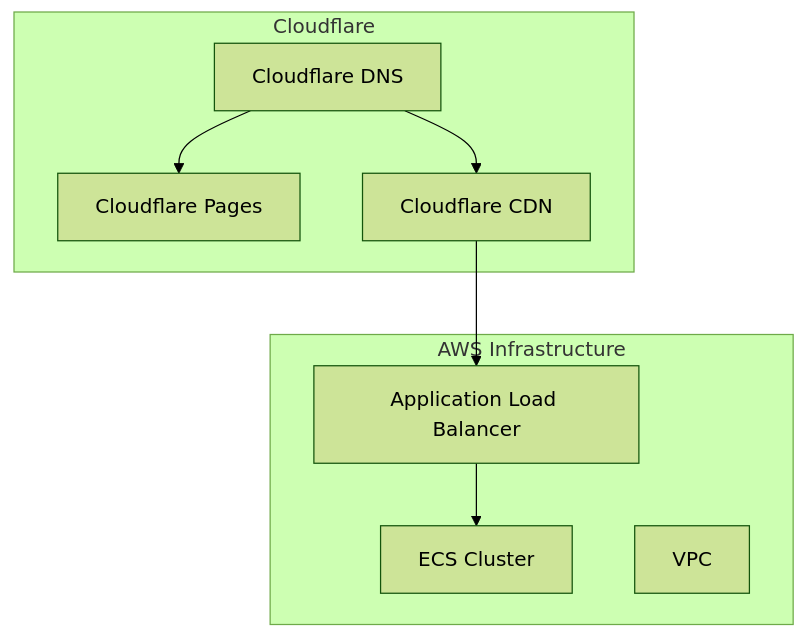
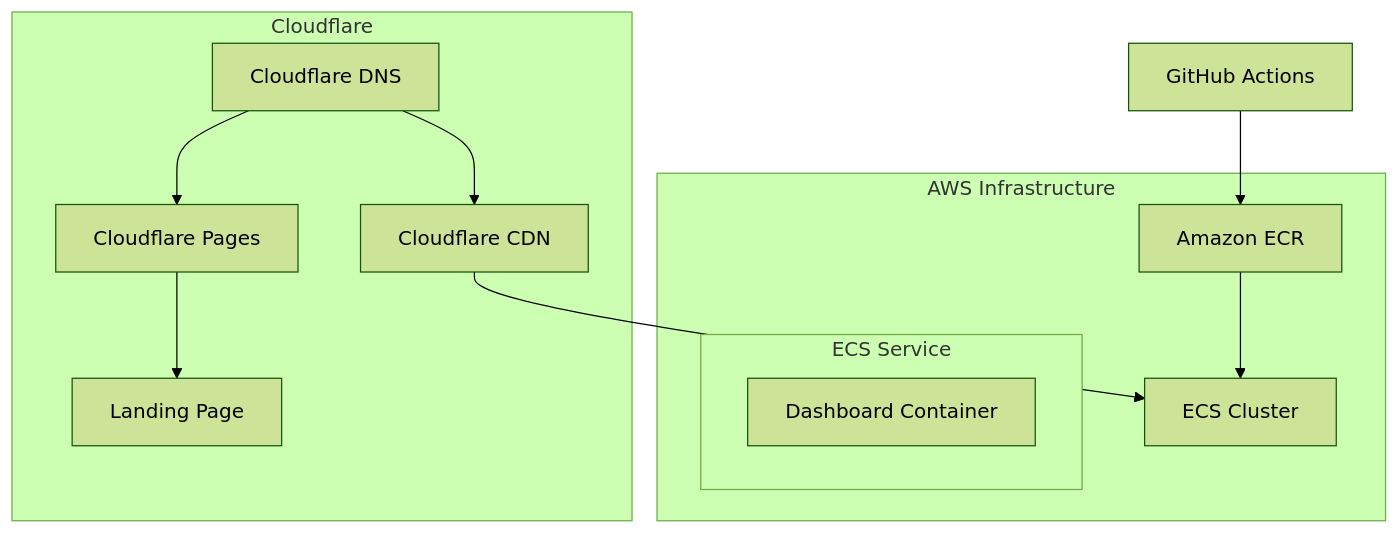
Before and after one commit to shreyasprabhudev/veyla-ai: the diagram in docs/deployment-guide.md, drawn with Mermaid (forest theme). The commit also changed other lines of this file and 3 other files, not shown here.

````diff
--- a/docs/deployment-guide.md
+++ b/docs/deployment-guide.md
@@ -5,19 +5,22 @@
 ```mermaid
 graph TD
     subgraph Cloudflare
-        CF[Cloudflare Pages]
+        CF[Cloudflare Pages] --> Landing[Landing Page]
         DNS[Cloudflare DNS]
         CDN[Cloudflare CDN]
     end
 
     subgraph AWS Infrastructure
-        ALB[Application Load Balancer]
+        ECR[Amazon ECR]
         ECS[ECS Cluster]
-        VPC[VPC]
+        subgraph ECS Service
+            Container[Dashboard Container]
+        end
     end
 
+    GitHub[GitHub Actions] --> ECR
+    ECR --> ECS
     DNS --> CF
     DNS --> CDN
-    CDN --> ALB
-    ALB --> ECS
+    CDN --> ECS
 ```
````
